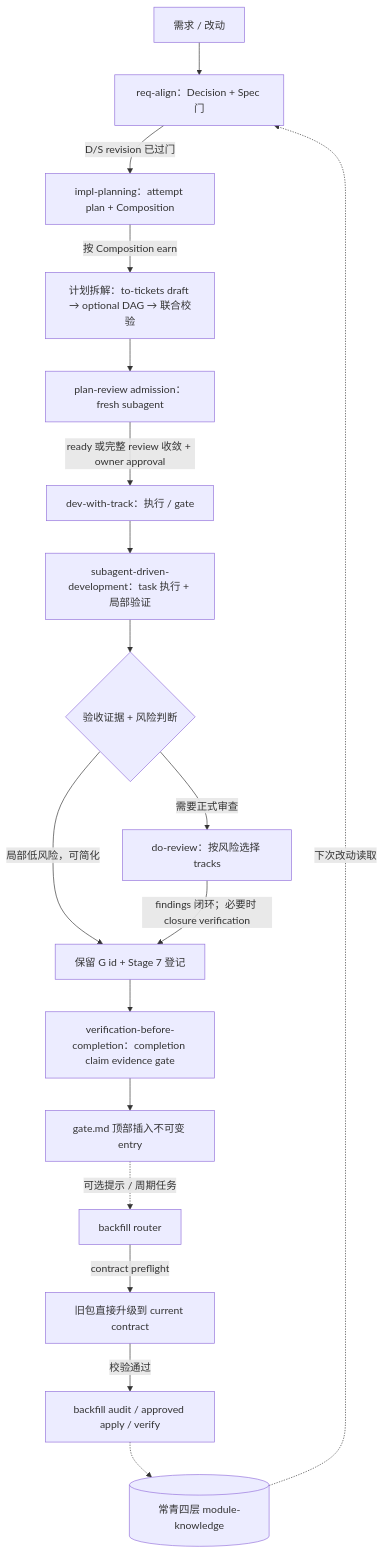
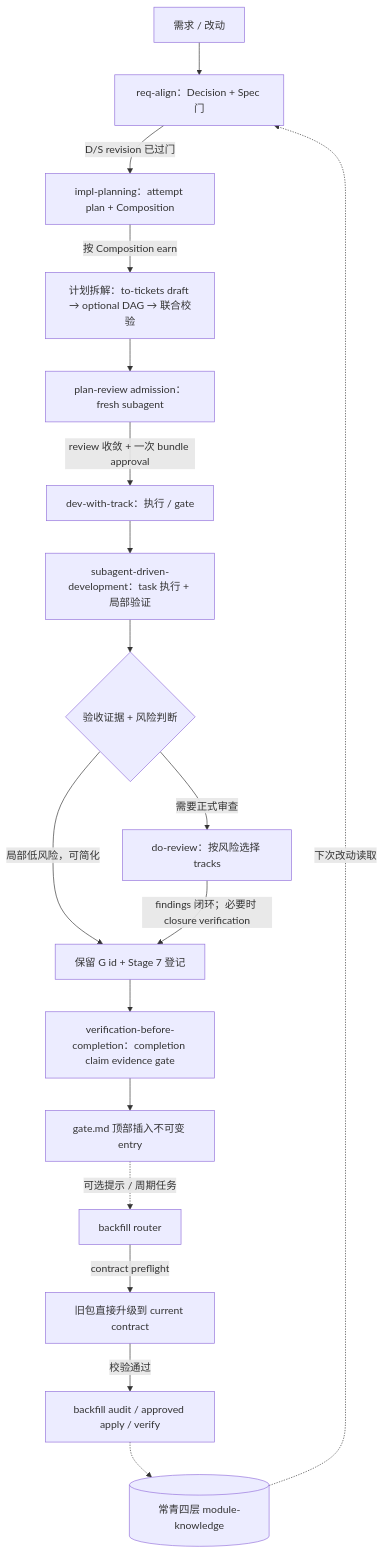
The diagram in skills/impl-package/SKILL.md (fangxiao-dev/agent-workbench), drawn with Mermaid before and after one commit. The commit also changed other lines of this file and 16 other files, not shown here.

````diff
--- a/skills/impl-package/SKILL.md
+++ b/skills/impl-package/SKILL.md
@@ -28,20 +28,20 @@
 ```mermaid
 flowchart TD
     Req[需求 / 改动] --> RA[req-align：Decision + Spec 门]
     RA -->|D/S revision 已过门| PL[impl-planning：attempt plan + Composition]
     PL -->|按 Composition earn| PD[计划拆解：to-tickets draft → optional DAG → 联合校验]
     PD --> PR[plan-review admission：fresh subagent]
-    PR -->|ready 或完整 review 收敛 + owner approval| EX[dev-with-track：执行 / gate]
+    PR -->|review 收敛 + 一次 bundle approval| EX[dev-with-track：执行 / gate]
     EX --> SD[subagent-driven-development：task 执行 + 局部验证]
     SD --> RV{验收证据 + 风险判断}
     RV -->|需要正式审查| DR[do-review：按风险选择 tracks]
     RV -->|局部低风险，可简化| CAP[保留 G id + Stage 7 登记]
     DR -->|findings 闭环；必要时 closure verification| CAP
     CAP --> VC[verification-before-completion：completion claim evidence gate]
     VC --> GT[gate.md 顶部插入不可变 entry]
     GT -. 可选提示 / 周期任务 .-> BF[backfill router]
     BF -->|contract preflight| UP[旧包直接升级到 current contract]
     UP -->|校验通过| BF2[backfill audit / approved apply / verify]
     BF2 -.-> EV[(常青四层 module-knowledge)]
     EV -. 下次改动读取 .-> RA
 ```
````
